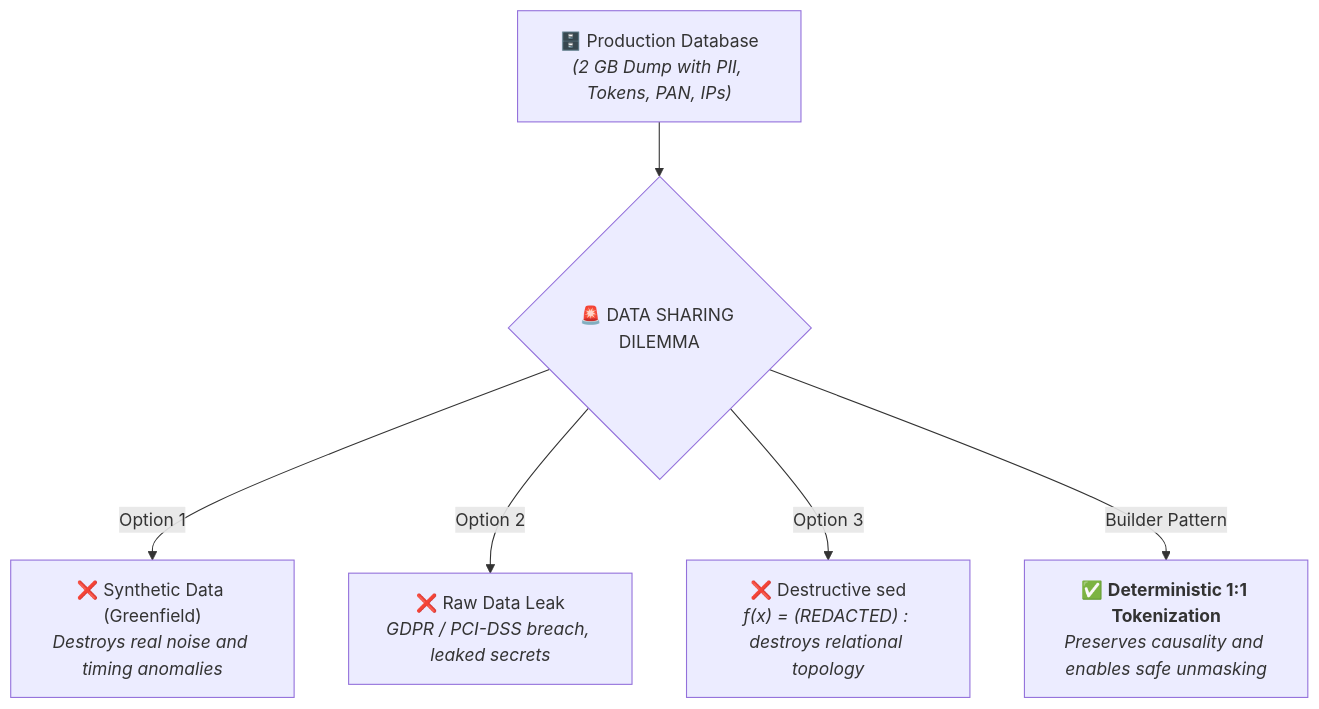
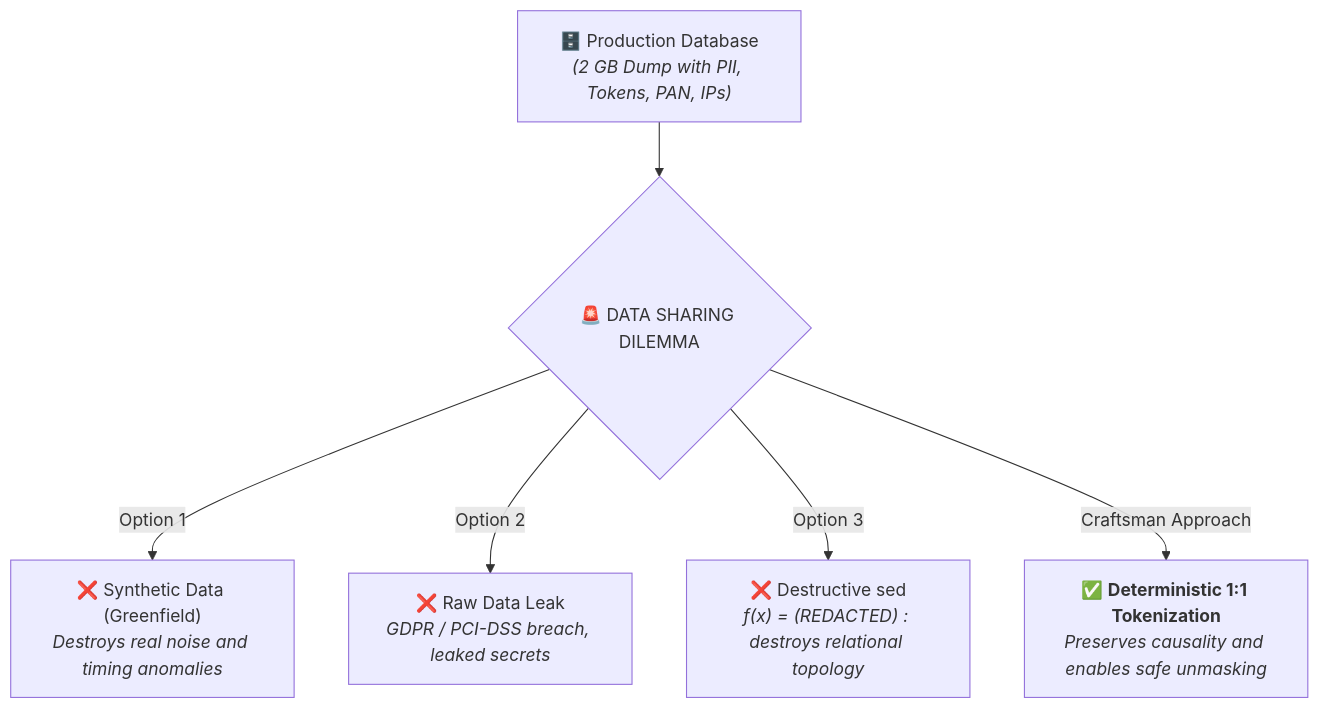
One commit to gpineda-dev/gpineda-dev.github.io changed the sixth of 11 diagrams in content/posts/2026-09-18-harness-introduction-with-dlp.md. Above: the diagram before and after it, drawn with Mermaid. The commit also changed other lines of this file and 1 other file, not shown here.

````diff
--- a/content/posts/2026-09-18-harness-introduction-with-dlp.md
+++ b/content/posts/2026-09-18-harness-introduction-with-dlp.md
@@ -502,8 +502,8 @@
 ```mermaid
 flowchart TD
     A["🗄️ Production Database<br><i>(2 GB Dump with PII, Tokens, PAN, IPs)</i>"] --> Dilemma{"🚨 DATA SHARING DILEMMA"}
     Dilemma -->|Option 1| O1["❌ Synthetic Data (Greenfield)<br><i>Destroys real noise and timing anomalies</i>"]
     Dilemma -->|Option 2| O2["❌ Raw Data Leak<br><i>GDPR / PCI-DSS breach, leaked secrets</i>"]
     Dilemma -->|Option 3| O3["❌ Destructive sed<br><i>f(x) = (REDACTED) : destroys relational topology</i>"]
-    Dilemma -->|Builder Pattern| Sol["✅ <b>Deterministic 1:1 Tokenization</b><br><i>Preserves causality and enables safe unmasking</i>"]
+    Dilemma -->|Craftsman Approach| Sol["✅ <b>Deterministic 1:1 Tokenization</b><br><i>Preserves causality and enables safe unmasking</i>"]
 ```
````
